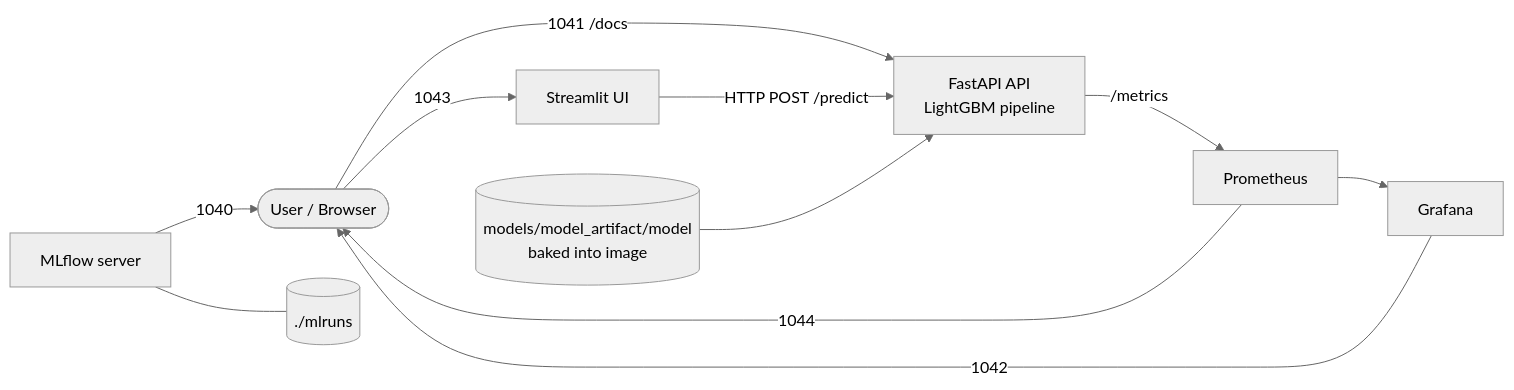
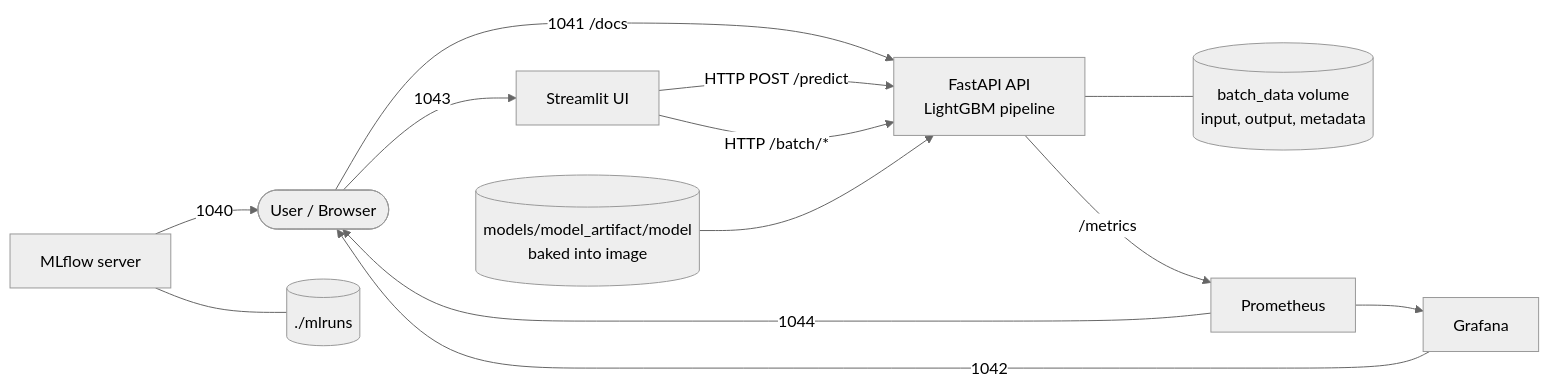
One commit to Ahmed77923/flight_delay_prediction changed the first of 2 diagrams in README.md. Above: the diagram before and after it, drawn with Mermaid (neutral theme). The commit also changed other lines of this file and 29 other files, not shown here.

````diff
--- a/README.md
+++ b/README.md
@@ -53,13 +55,15 @@
 ```mermaid
 flowchart LR
     User([User / Browser]) -->|1043| ST[Streamlit UI]
     User -->|1041 /docs| API
     ST -->|HTTP POST /predict| API[FastAPI API<br/>LightGBM pipeline]
+    ST -->|HTTP /batch/*| API
+    API --- BATCH[(batch_data volume<br/>input, output, metadata)]
     API -->|/metrics| PR[Prometheus]
     PR -->|1044| User
     PR --> GR[Grafana]
     GR -->|1042| User
     ML[MLflow server] -->|1040| User
     ML --- RUNS[(./mlruns)]
     MODEL[(models/model_artifact/model<br/>baked into image)] --> API
 ```
````
